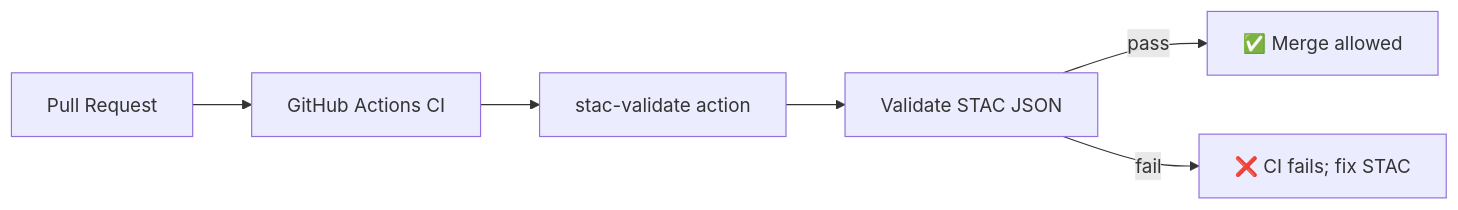
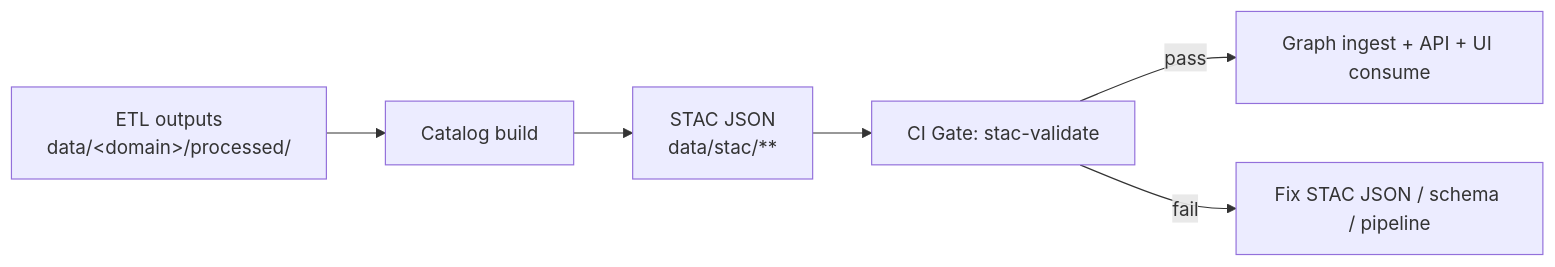
Before and after one commit to bartytime4life/Kansas-Frontier-Matrix: the first of 2 diagrams in .github/actions/stac-validate/README.md, drawn with Mermaid. The commit also changed other lines of this file, not shown here.

First line of the commit message:
Revise README for STAC Validate action

```diff
--- a/.github/actions/stac-validate/README.md
+++ b/.github/actions/stac-validate/README.md
@@ -149,8 +160,8 @@
 ~~~mermaid
 flowchart LR
-  PR[Pull Request] --> CI[GitHub Actions CI]
-  CI --> A[stac-validate action]
-  A --> V[Validate STAC JSON]
-  V -->|pass| OK[✅ Merge allowed]
-  V -->|fail| NO[❌ CI fails; fix STAC]
+  A[ETL outputs<br/>data/&lt;domain&gt;/processed/] --> B[Catalog build]
+  B --> C[STAC JSON<br/>data/stac/**]
+  C --> D[CI Gate: stac-validate]
+  D -->|pass| E[Graph ingest + API + UI consume]
+  D -->|fail| F[Fix STAC JSON / schema / pipeline]
 ~~~
```
